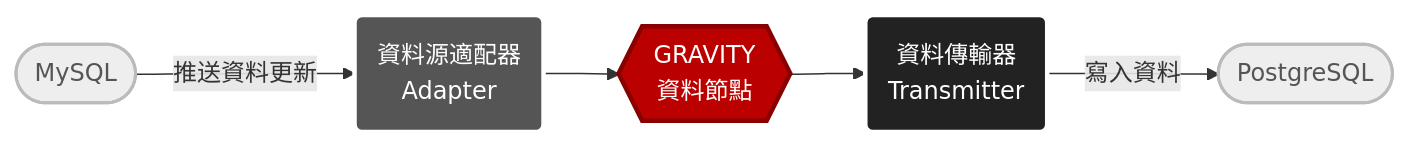
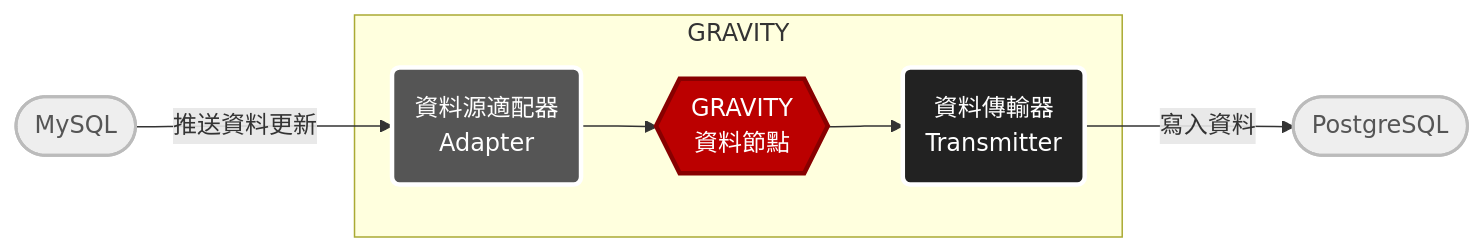
One commit to BrobridgeOrg/gravity-website changed the second of 2 diagrams in content/getting-started/customized-first-pipe.zh-tw.md. Above: the diagram before and after it, drawn with Mermaid. The commit also changed 1 other file, not shown here.

Commit message:
update color

```diff
--- a/content/getting-started/customized-first-pipe.zh-tw.md
+++ b/content/getting-started/customized-first-pipe.zh-tw.md
@@ -48,19 +48,23 @@
 {{< mermaid class="text-center">}}
 flowchart LR
 	source([MySQL]) --> |推送資料更新| adapter(資料源適配器\nAdapter)
+
+	subgraph GRAVITY
 	adapter(資料源適配器\nAdapter) --> gravity{{GRAVITY\n資料節點}}
 	gravity{{GRAVITY\n資料節點}} --> transmitter(資料傳輸器\nTransmitter)
+	end
+
 	transmitter(資料傳輸器\nTransmitter) --> |寫入資料| target([PostgreSQL])
 
 	class gravity gravity;
 	classDef gravity fill:#b00,color:#fff,stroke:#800,stroke-width:3px;
 
 	class adapter adapter;
 	classDef adapter fill:#555,color:#fff,stroke:#fff,stroke-width:3px;
 
 	class transmitter transmitter;
 	classDef transmitter fill:#222,color:#fff,stroke:#fff,stroke-width:3px;
 
 	class source,target database;
 	classDef database fill:#eee,color:#555,stroke:#bbb,stroke-width:2px;
 {{< /mermaid >}}
```
